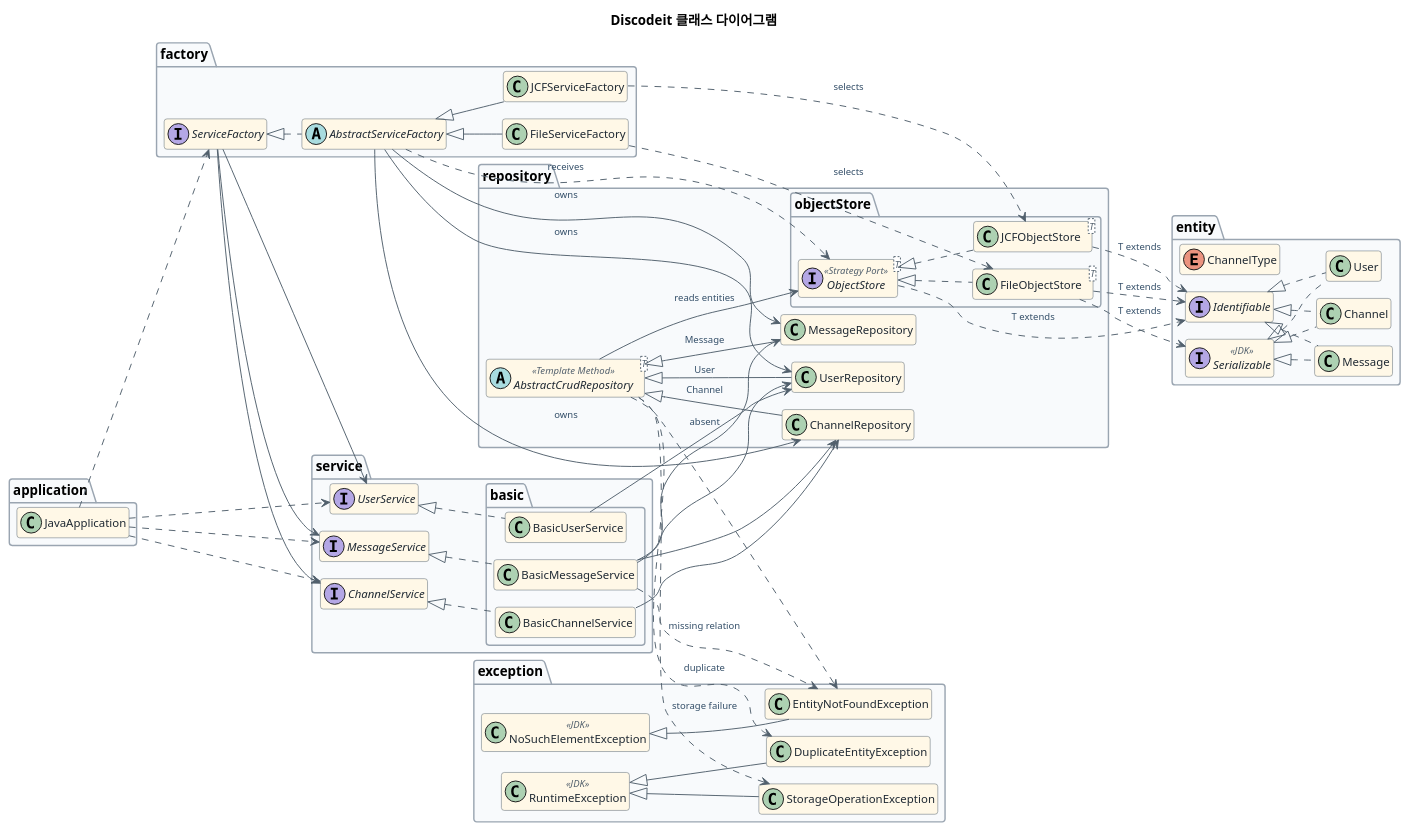
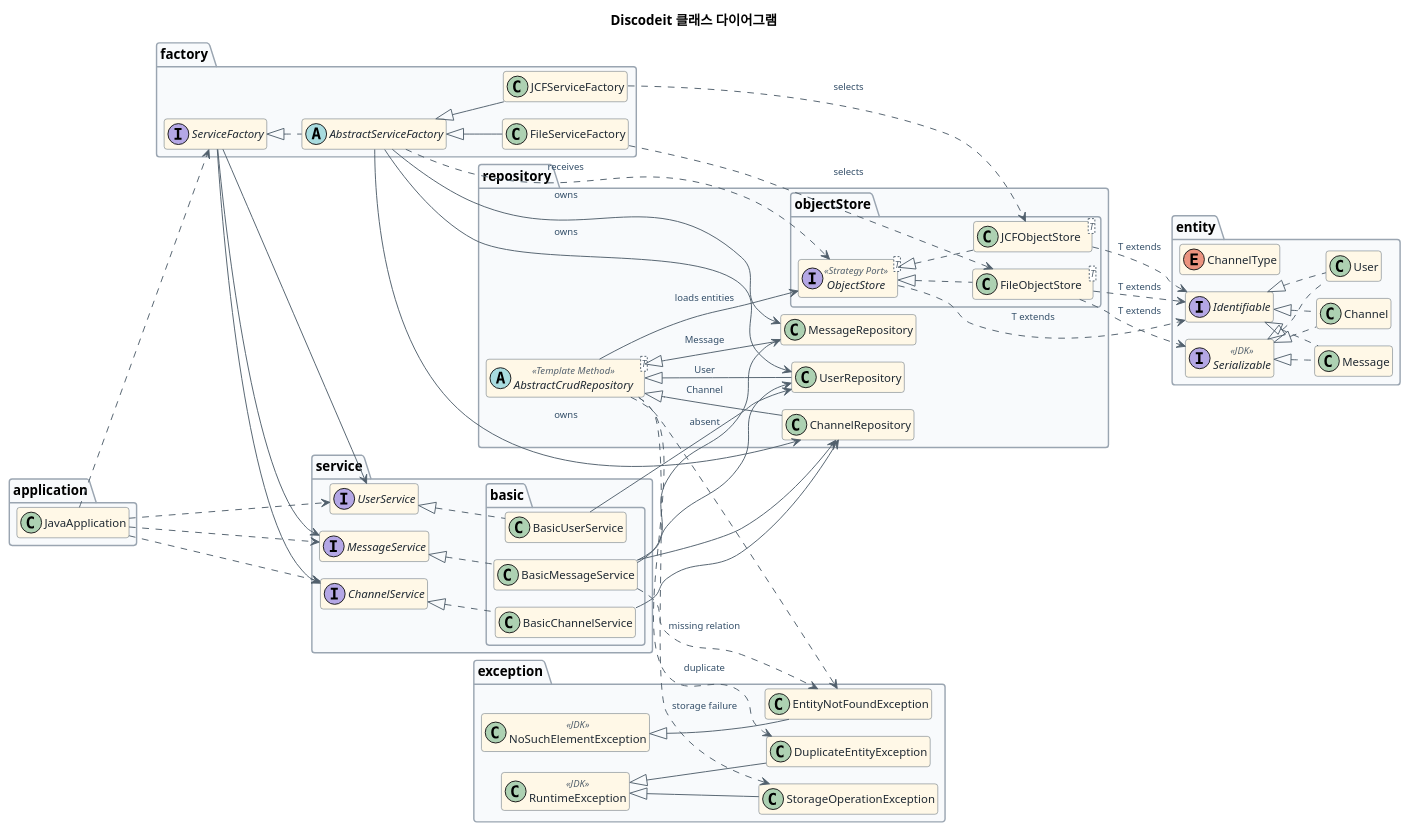
One commit to WinLike-dev/14-sprint-mission changed the diagram in 02/docs/class-diagram.puml. Above: the diagram before and after it, drawn with PlantUML. The commit also changed 16 other files, not shown here.

```diff
--- a/02/docs/class-diagram.puml
+++ b/02/docs/class-diagram.puml
@@ -1,139 +1,139 @@
 @startuml
 !pragma layout smetana
 
 title Discodeit 클래스 다이어그램
 left to right direction
 
 hide empty members
 
 skinparam backgroundColor #FFFFFF
 skinparam shadowing false
 skinparam roundCorner 6
 skinparam nodesep 35
 skinparam ranksep 45
 skinparam ArrowColor #52606D
 skinparam ArrowFontColor #334E68
 skinparam ArrowFontSize 10
 skinparam ClassBorderColor #52606D
 skinparam ClassBackgroundColor #FFF8E7
 skinparam ClassFontColor #1F2933
 skinparam ClassFontSize 12
 skinparam ClassStereotypeFontColor #52606D
 skinparam ClassStereotypeFontSize 10
 skinparam PackageBorderColor #9AA5B1
 skinparam PackageBackgroundColor #F8FAFC
 
 package "application" {
     class JavaApplication
 }
 
 package "factory" {
     interface ServiceFactory
     abstract class AbstractServiceFactory
     class JCFServiceFactory
     class FileServiceFactory
 }
 
 package "service" {
     interface UserService
     interface ChannelService
     interface MessageService
 }
 
 package "service.basic" {
     class BasicUserService
     class BasicChannelService
     class BasicMessageService
 }
 
 package "repository" {
     abstract class AbstractCrudRepository<T> <<Template Method>>
     class UserRepository
     class ChannelRepository
     class MessageRepository
 }
 
 package "repository.objectStore" {
     interface ObjectStore<T> <<Strategy Port>>
     class JCFObjectStore<T>
     class FileObjectStore<T>
 }
 
 package "exception" {
     class EntityNotFoundException
     class DuplicateEntityException
     class StorageOperationException
     class NoSuchElementException <<JDK>>
     class RuntimeException <<JDK>>
 }
 
 package "entity" {
     class Message
     class Channel
     class User
     enum ChannelType
     interface Serializable <<JDK>>
     interface Identifiable
 }
 
 JavaApplication ..> UserService
 JavaApplication ..> ChannelService
 JavaApplication ..> MessageService
 JavaApplication ..> ServiceFactory
 
 ServiceFactory --> UserService
 ServiceFactory --> ChannelService
 ServiceFactory --> MessageService
 ServiceFactory <|.. AbstractServiceFactory
 AbstractServiceFactory <|-- JCFServiceFactory
 AbstractServiceFactory <|-- FileServiceFactory
 
 UserService <|.. BasicUserService
 ChannelService <|.. BasicChannelService
 MessageService <|.. BasicMessageService
 
 BasicUserService --> UserRepository
 BasicChannelService --> ChannelRepository
 BasicMessageService --> MessageRepository
 BasicMessageService --> UserRepository
 BasicMessageService --> ChannelRepository
 BasicMessageService ..> EntityNotFoundException : missing relation
 
 AbstractCrudRepository <|-- UserRepository : User
 AbstractCrudRepository <|-- ChannelRepository : Channel
 AbstractCrudRepository <|-- MessageRepository : Message
-AbstractCrudRepository --> ObjectStore : reads entities
+AbstractCrudRepository --> ObjectStore : loads entities
 AbstractCrudRepository ..> EntityNotFoundException : absent
 AbstractCrudRepository ..> DuplicateEntityException : duplicate
 AbstractCrudRepository ..> StorageOperationException : storage failure
 
 ObjectStore <|.. JCFObjectStore
 ObjectStore <|.. FileObjectStore
 
 JCFServiceFactory ..> JCFObjectStore : selects
 FileServiceFactory ..> FileObjectStore : selects
 AbstractServiceFactory ..> ObjectStore : receives
 AbstractServiceFactory --> UserRepository : owns
 AbstractServiceFactory --> ChannelRepository : owns
 AbstractServiceFactory --> MessageRepository : owns
 
 ObjectStore ..> Identifiable : T extends
 JCFObjectStore ..> Identifiable : T extends
 FileObjectStore ..> Identifiable : T extends
 FileObjectStore ..> Serializable : T extends
 
 NoSuchElementException <|-- EntityNotFoundException
 RuntimeException <|-- DuplicateEntityException
 RuntimeException <|-- StorageOperationException
 
 Identifiable <|.. User
 Identifiable <|.. Channel
 Identifiable <|.. Message
 Serializable <|.. User
 Serializable <|.. Channel
 Serializable <|.. Message
 
 ' 범위: Repository가 CRUD 실패를 의미별 예외로 변환하고 ObjectStore는 checked 기술 예외를 throws로 전달한다.
 ' 관계선: 실제 인터페이스 호출, 주입, 구현, 제네릭 계약만 표시한다.
 
 @enduml
```
